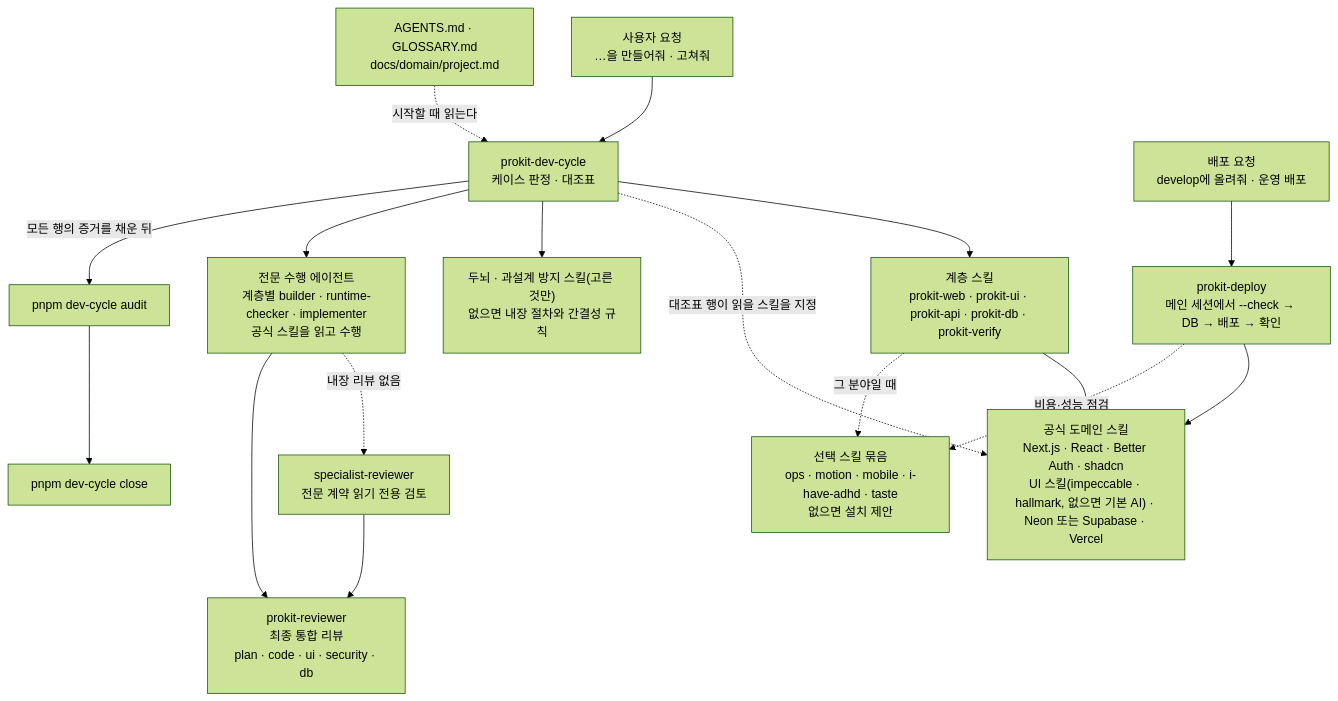
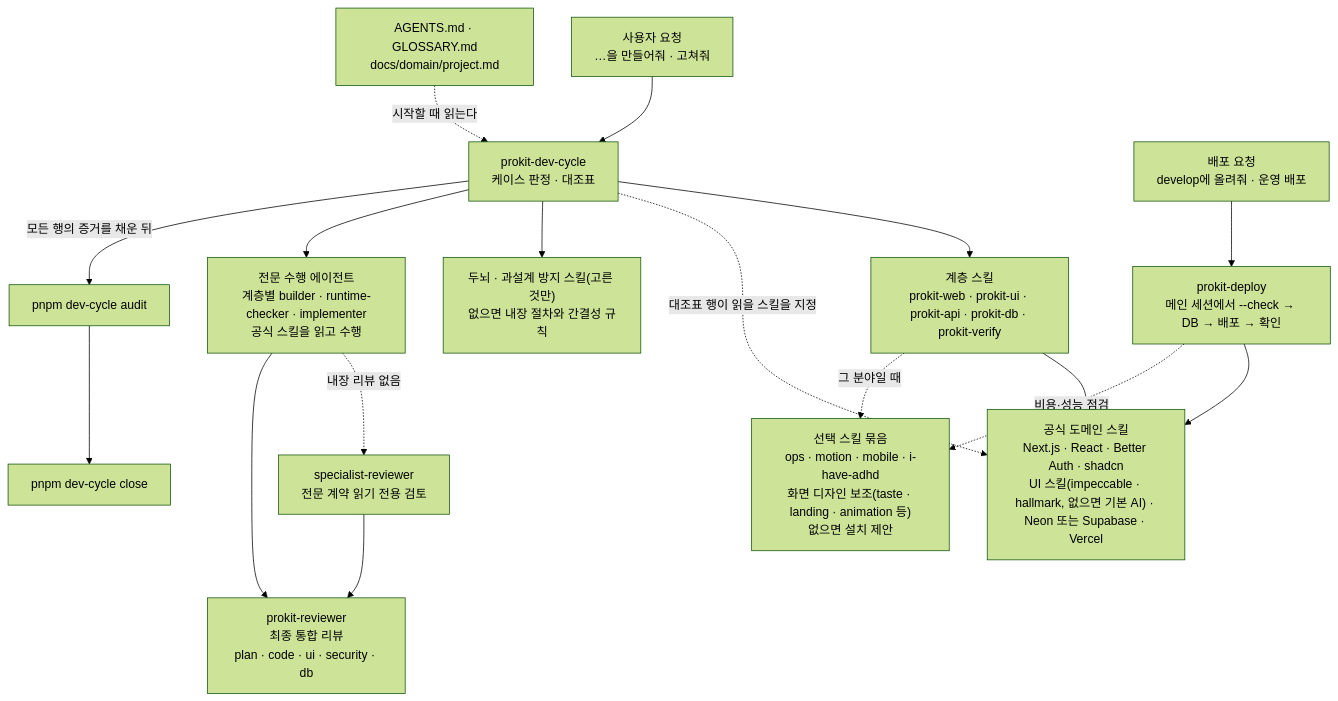
One commit to roadkwon-ai/pro-kit changed the diagram in handbook/concepts/harness.md. Above: the diagram before and after it, drawn with Mermaid (forest theme). The commit also changed 65 other files, not shown here.

````diff
--- a/handbook/concepts/harness.md
+++ b/handbook/concepts/harness.md
@@ -48,19 +48,19 @@
 ```mermaid
 flowchart TD
   REQ["사용자 요청<br/>…을 만들어줘 · 고쳐줘"] --> DC["prokit-dev-cycle<br/>케이스 판정 · 대조표"]
   RULES["AGENTS.md · GLOSSARY.md<br/>docs/domain/project.md"] -.->|시작할 때 읽는다| DC
   DC --> LAYER["계층 스킬<br/>prokit-web · prokit-ui · prokit-api · prokit-db · prokit-verify"]
   LAYER --> OFF["공식 도메인 스킬<br/>Next.js · React · Better Auth · shadcn<br/>UI 스킬(impeccable · hallmark, 없으면 기본 AI) · Neon 또는 Supabase · Vercel"]
   DC -.->|대조표 행이 읽을 스킬을 지정| OFF
   DREQ["배포 요청<br/>develop에 올려줘 · 운영 배포"] --> DEP["prokit-deploy<br/>메인 세션에서 --check → DB → 배포 → 확인"]
   DEP --> OFF
-  LAYER -.->|그 분야일 때| OPT["선택 스킬 묶음<br/>ops · motion · mobile · i-have-adhd · taste<br/>없으면 설치 제안"]
+  LAYER -.->|그 분야일 때| OPT["선택 스킬 묶음<br/>ops · motion · mobile · i-have-adhd<br/>화면 디자인 보조(taste · landing · animation 등)<br/>없으면 설치 제안"]
   DEP -.->|비용·성능 점검| OPT
   DC --> PROC["두뇌 · 과설계 방지 스킬(고른 것만)<br/>없으면 내장 절차와 간결성 규칙"]
   DC --> IMP["전문 수행 에이전트<br/>계층별 builder · runtime-checker · implementer<br/>공식 스킬을 읽고 수행"]
   IMP -.->|내장 리뷰 없음| SREV["specialist-reviewer<br/>전문 계약 읽기 전용 검토"]
   IMP --> REV["prokit-reviewer<br/>최종 통합 리뷰<br/>plan · code · ui · security · db"]
   SREV --> REV
   DC -->|모든 행의 증거를 채운 뒤| AUD["pnpm dev-cycle audit"]
   AUD --> CLOSE["pnpm dev-cycle close"]
 ```
````
